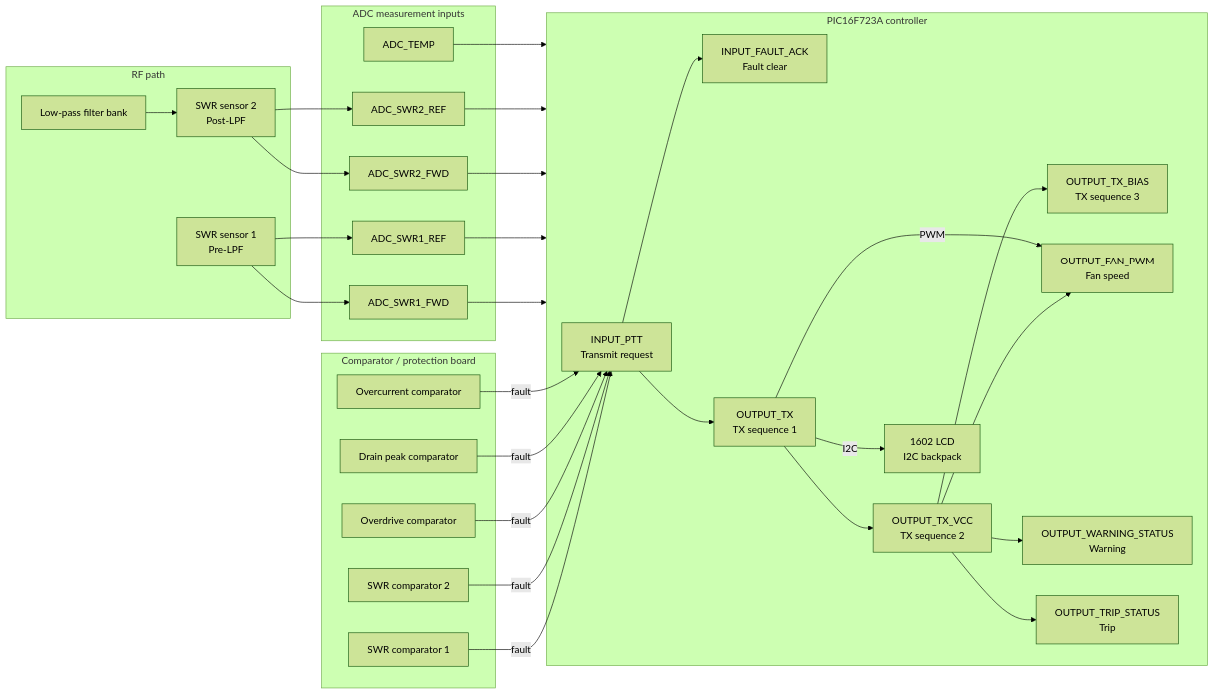
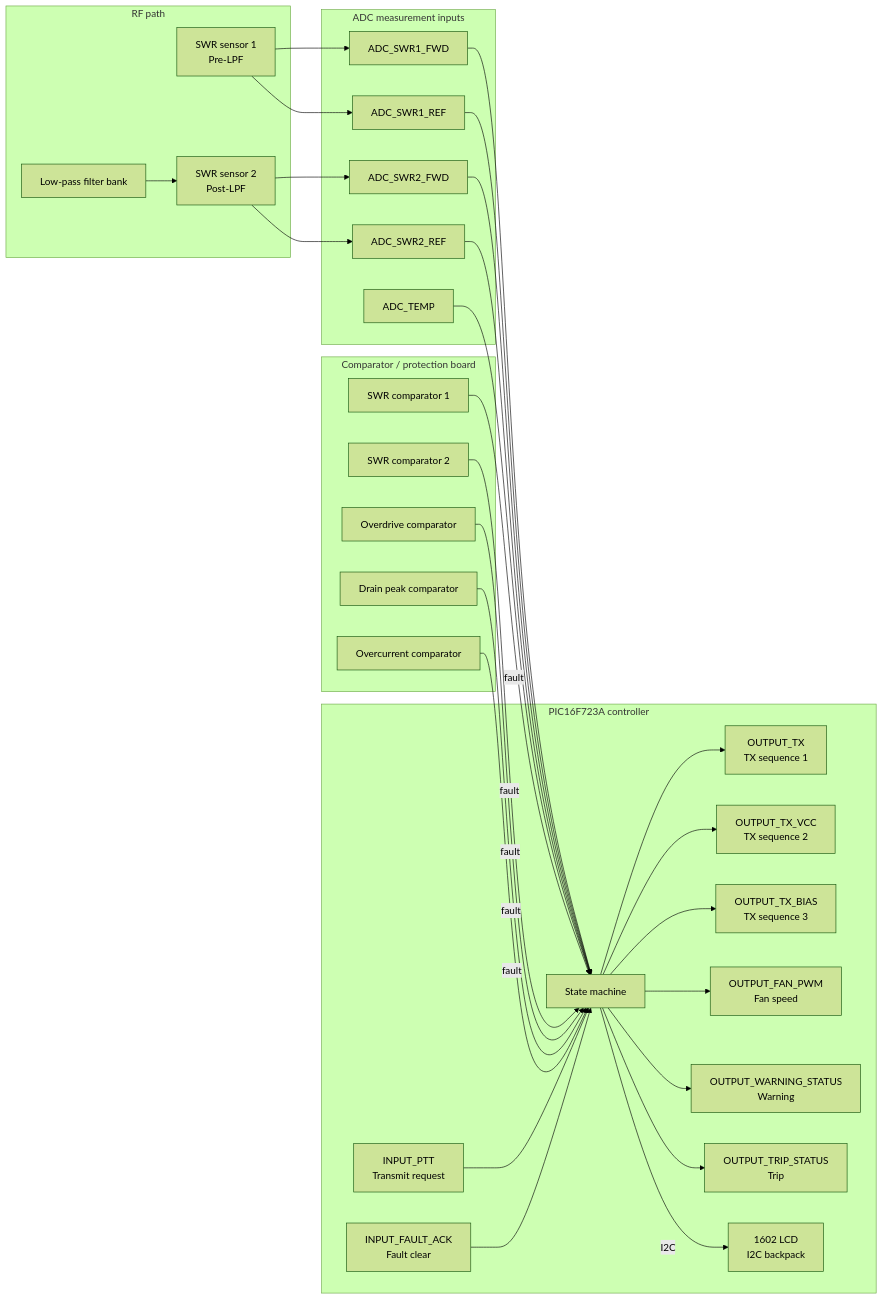
Before and after one commit to sjk7/PicAmpControl: the diagram in README.md, drawn with Mermaid (forest theme). The commit also changed other lines of this file, not shown here.

Commit message:
Add state-machine output signals to hardware diagram

````diff
--- a/README.md
+++ b/README.md
@@ -40,63 +40,65 @@
 ```mermaid
 flowchart LR
     subgraph RF["RF path"]
         PRE["SWR sensor 1\nPre-LPF"]
         FILTER["Low-pass filter bank"]
         POST["SWR sensor 2\nPost-LPF"]
     end
 
     subgraph ADC["ADC measurement inputs"]
         PRE_FWD["ADC_SWR1_FWD"]
         PRE_REF["ADC_SWR1_REF"]
         POST_FWD["ADC_SWR2_FWD"]
         POST_REF["ADC_SWR2_REF"]
         TEMP["ADC_TEMP"]
     end
 
     subgraph ComparatorBoard["Comparator / protection board"]
         SWR1["SWR comparator 1"]
         SWR2["SWR comparator 2"]
         OVR["Overdrive comparator"]
         DRAIN["Drain peak comparator"]
         OC["Overcurrent comparator"]
     end
 
     subgraph MCU["PIC16F723A controller"]
         PTT["INPUT_PTT\nTransmit request"]
         ACK["INPUT_FAULT_ACK\nFault clear"]
+        STATE["State machine"]
         TX["OUTPUT_TX\nTX sequence 1"]
         TXVCC["OUTPUT_TX_VCC\nTX sequence 2"]
         TXBIAS["OUTPUT_TX_BIAS\nTX sequence 3"]
         FAN["OUTPUT_FAN_PWM\nFan speed"]
         WARN["OUTPUT_WARNING_STATUS\nWarning"]
         TRIP["OUTPUT_TRIP_STATUS\nTrip"]
         LCD["1602 LCD\nI2C backpack"]
     end
 
     PRE --> PRE_FWD
     PRE --> PRE_REF
     FILTER --> POST
     POST --> POST_FWD
     POST --> POST_REF
 
-    PRE_FWD --> MCU
-    PRE_REF --> MCU
-    POST_FWD --> MCU
-    POST_REF --> MCU
-    TEMP --> MCU
+    PRE_FWD --> STATE
+    PRE_REF --> STATE
+    POST_FWD --> STATE
+    POST_REF --> STATE
+    TEMP --> STATE
 
-    SWR1 -->|fault| PTT
-    SWR2 -->|fault| PTT
-    OVR -->|fault| PTT
-    DRAIN -->|fault| PTT
-    OC -->|fault| PTT
+    SWR1 -->|fault| STATE
+    SWR2 -->|fault| STATE
+    OVR -->|fault| STATE
+    DRAIN -->|fault| STATE
+    OC -->|fault| STATE
 
-    PTT --> ACK
-    PTT --> TX
-    TX --> TXVCC --> TXBIAS
-    TXVCC --> FAN
-    TXVCC --> WARN
-    TXVCC --> TRIP
-    TX -->|I2C| LCD
-    TX -->|PWM| FAN
+    PTT --> STATE
+    ACK --> STATE
+    STATE --> TX
+    STATE --> TXVCC
+    STATE --> TXBIAS
+    STATE --> FAN
+    STATE --> WARN
+    STATE --> TRIP
+    STATE -->|I2C| LCD
 ```
````
